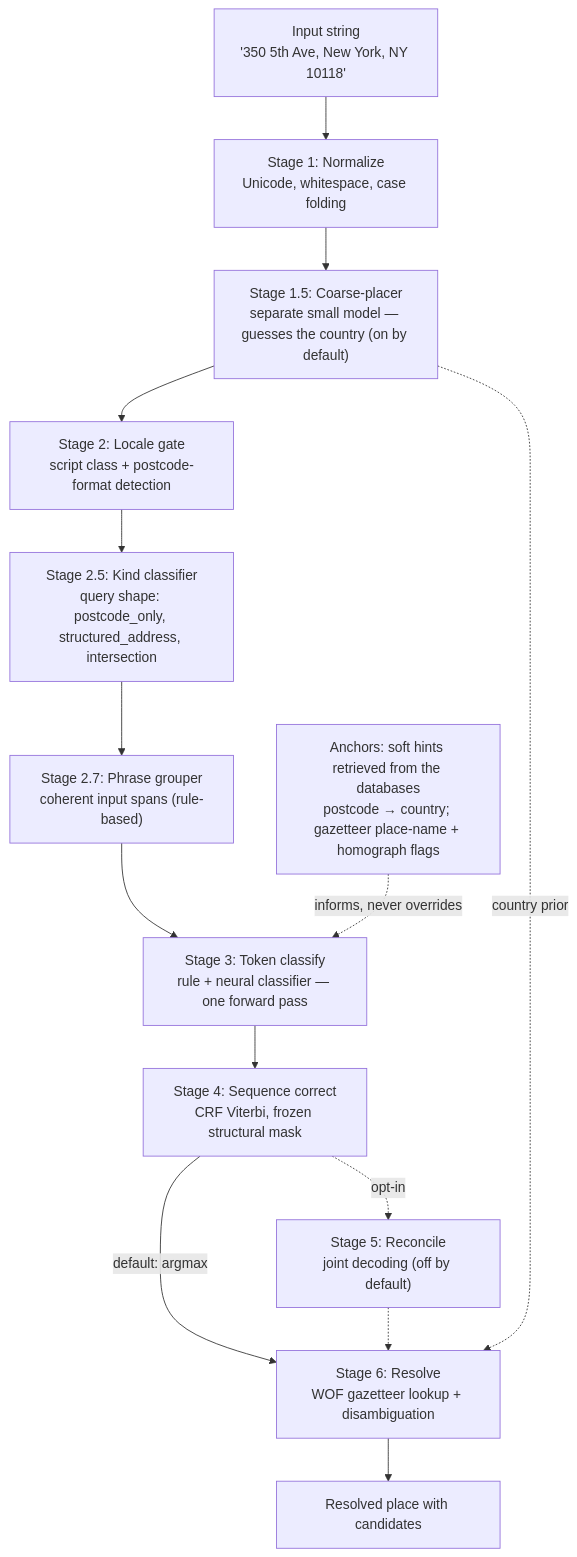
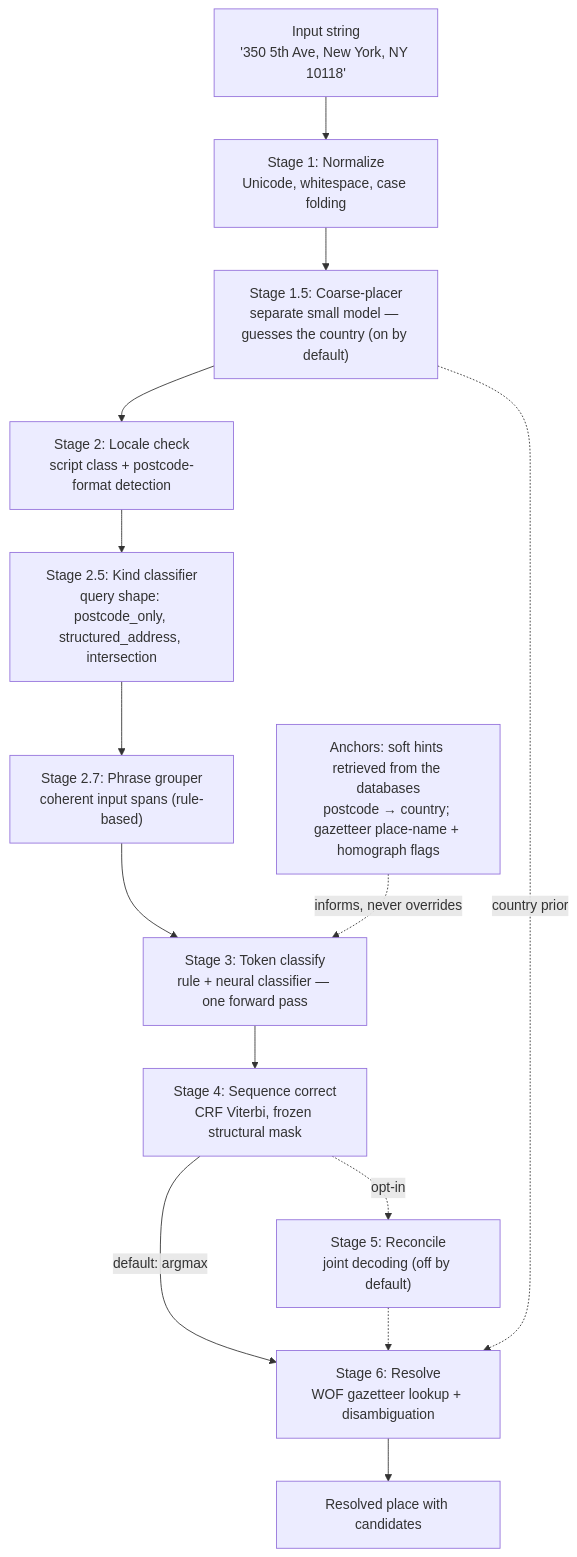
Before and after one commit to sister-software/mailwoman: the diagram in docs/records/site-2026-08/understanding/our-approach/how-it-works-now.mdx, drawn with Mermaid. The commit also changed other lines of this file and 5709 other files, not shown here.

````diff
--- a/docs/records/site-2026-08/understanding/our-approach/how-it-works-now.mdx
+++ b/docs/records/site-2026-08/understanding/our-approach/how-it-works-now.mdx
@@ -21,18 +21,18 @@
 ```mermaid
 flowchart TD
     A["Input string<br>'350 5th Ave, New York, NY 10118'"]
     A --> S1["Stage 1: Normalize<br>Unicode, whitespace, case folding"]
     S1 --> S15["Stage 1.5: Coarse-placer<br>separate small model — guesses the country (on by default)"]
-    S15 --> S2["Stage 2: Locale gate<br>script class + postcode-format detection"]
+    S15 --> S2["Stage 2: Locale check<br>script class + postcode-format detection"]
     S2 --> S25["Stage 2.5: Kind classifier<br>query shape: postcode_only, structured_address, intersection"]
     S25 --> S27["Stage 2.7: Phrase grouper<br>coherent input spans (rule-based)"]
     S27 --> S3["Stage 3: Token classify<br>rule + neural classifier — one forward pass"]
     ANCH["Anchors: soft hints retrieved from the databases<br>postcode → country; gazetteer place-name + homograph flags"]
     ANCH -.->|"informs, never overrides"| S3
     S3 --> S4["Stage 4: Sequence correct<br>CRF Viterbi, frozen structural mask"]
     S4 -->|"default: argmax"| S6["Stage 6: Resolve<br>WOF gazetteer lookup + disambiguation"]
     S4 -.->|"opt-in"| S5["Stage 5: Reconcile<br>joint decoding (off by default)"]
     S5 -.-> S6
     S15 -.->|"country prior"| S6
     S6 --> F["Resolved place with candidates"]
 ```
````
